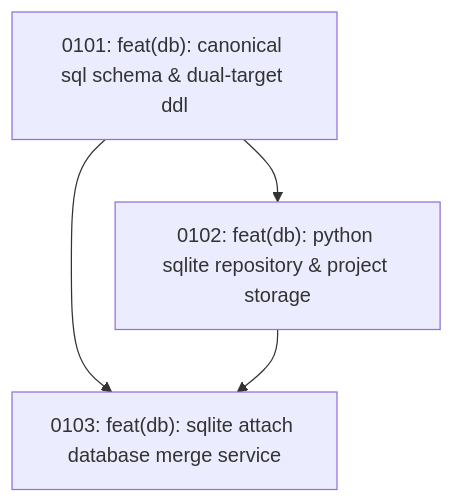
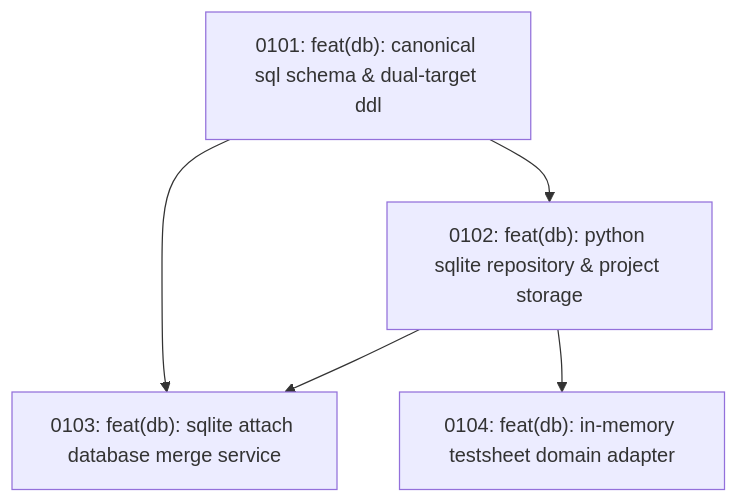
The diagram in .wayfinder/web-migration-and-mobile-testsheet/tracks/01-sqlite-domain-engine/map.md (adamlarGit/pahang-cli), drawn with Mermaid before and after one commit. The commit also changed other lines of this file and 2 other files, not shown here.

Commit message:
docs(track-1): add in-memory testsheet domain adapter (D-MASTER.15)

````diff
--- a/.wayfinder/web-migration-and-mobile-testsheet/tracks/01-sqlite-domain-engine/map.md
+++ b/.wayfinder/web-migration-and-mobile-testsheet/tracks/01-sqlite-domain-engine/map.md
@@ -23,10 +24,12 @@
 ```mermaid
 graph TD
     T0101["0101: feat(db): canonical sql schema & dual-target ddl"]
     T0102["0102: feat(db): python sqlite repository & project storage"]
     T0103["0103: feat(db): sqlite attach database merge service"]
+    T0104["0104: feat(db): in-memory testsheet domain adapter"]
 
     T0101 --> T0102
     T0101 --> T0103
     T0102 --> T0103
+    T0102 --> T0104
 ```
````
